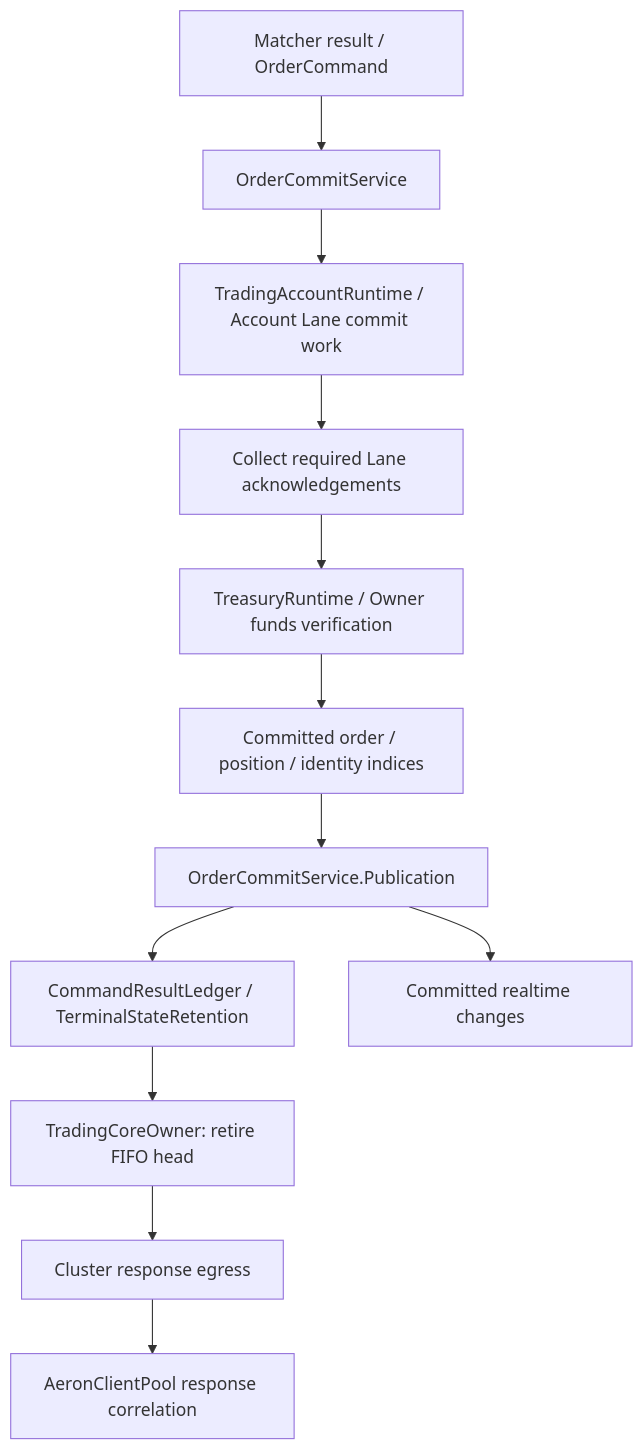
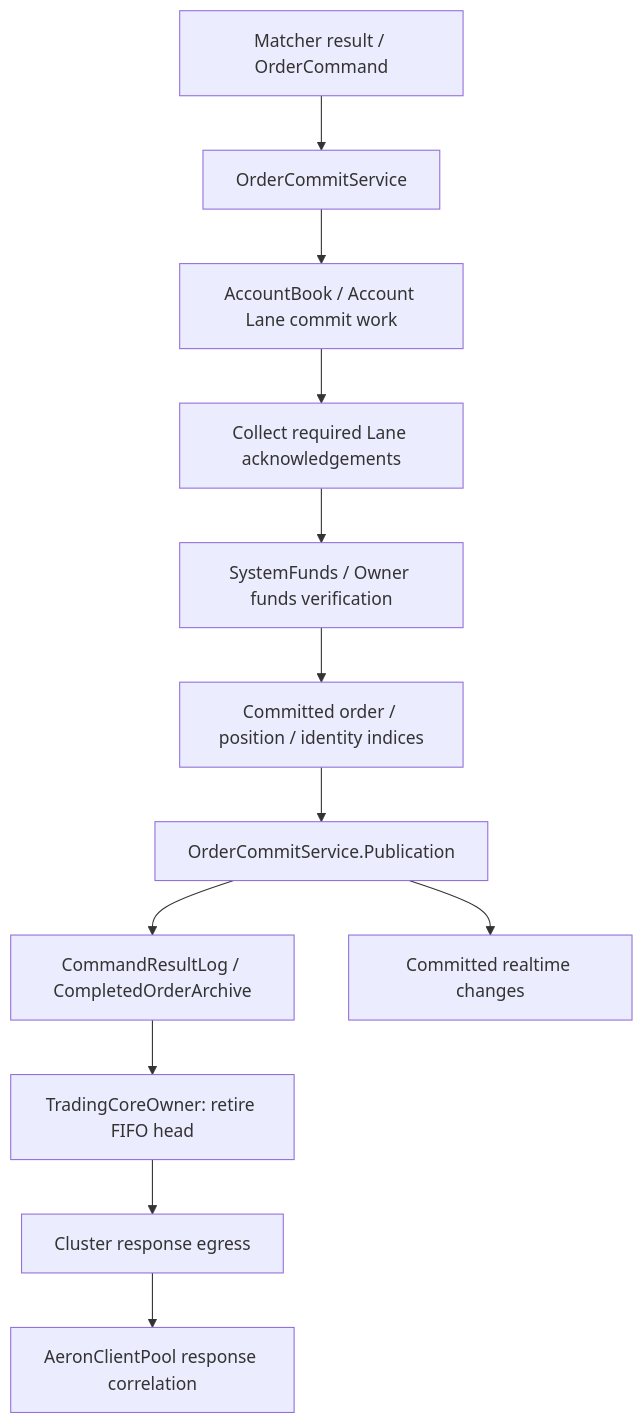
One commit to lilaizhencn/surprising-ex changed the seventh of 15 diagrams in README.md. Above: the diagram before and after it, drawn with Mermaid. The commit also changed other lines of this file and 329 other files, not shown here.

````diff
--- a/README.md
+++ b/README.md
@@ -198,14 +198,14 @@
 ```mermaid
 flowchart TB
     Matching[Matcher result / OrderCommand] --> OCC[OrderCommitService]
-    OCC --> Account[TradingAccountRuntime / Account Lane commit work]
+    OCC --> Account[AccountBook / Account Lane commit work]
     Account --> ACK[Collect required Lane acknowledgements]
-    ACK --> Owner[TreasuryRuntime / Owner funds verification]
+    ACK --> Owner[SystemFunds / Owner funds verification]
     Owner --> Indices[Committed order / position / identity indices]
     Indices --> Publication[OrderCommitService.Publication]
-    Publication --> Ledger[CommandResultLedger / TerminalStateRetention]
+    Publication --> Ledger[CommandResultLog / CompletedOrderArchive]
     Publication --> Live[Committed realtime changes]
     Ledger --> Retirement[TradingCoreOwner: retire FIFO head]
     Retirement --> Egress[Cluster response egress]
     Egress --> Client[AeronClientPool response correlation]
 ```
````
